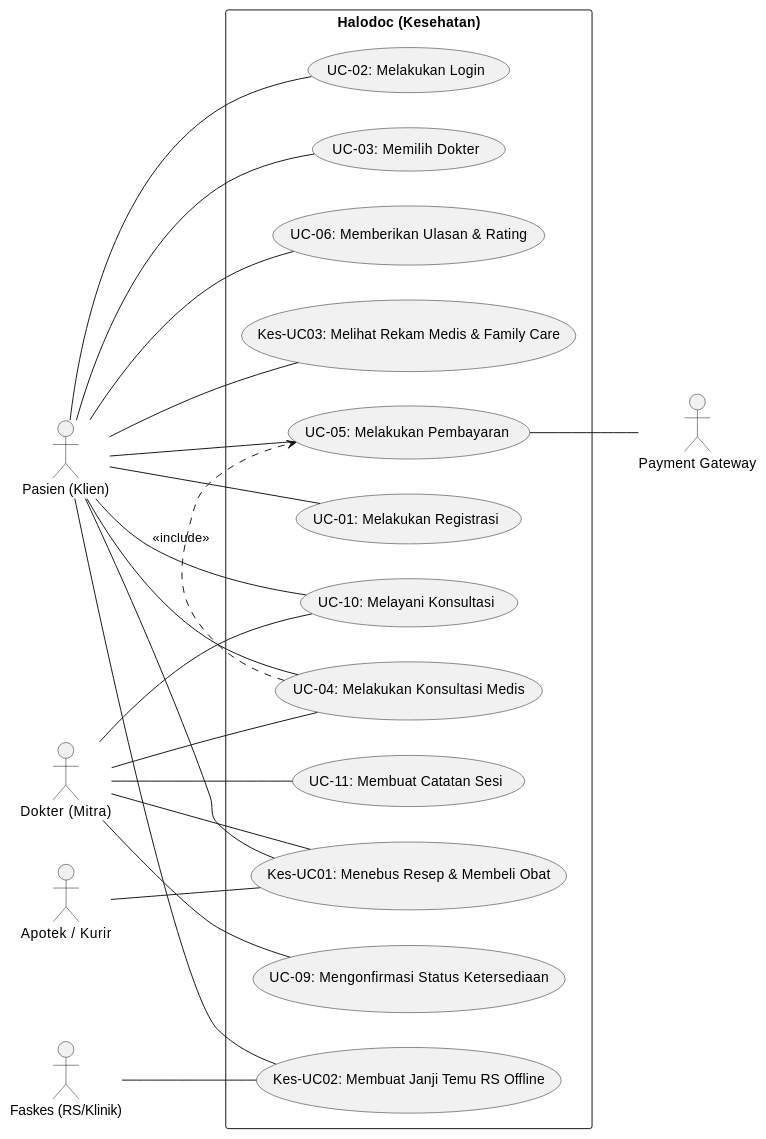
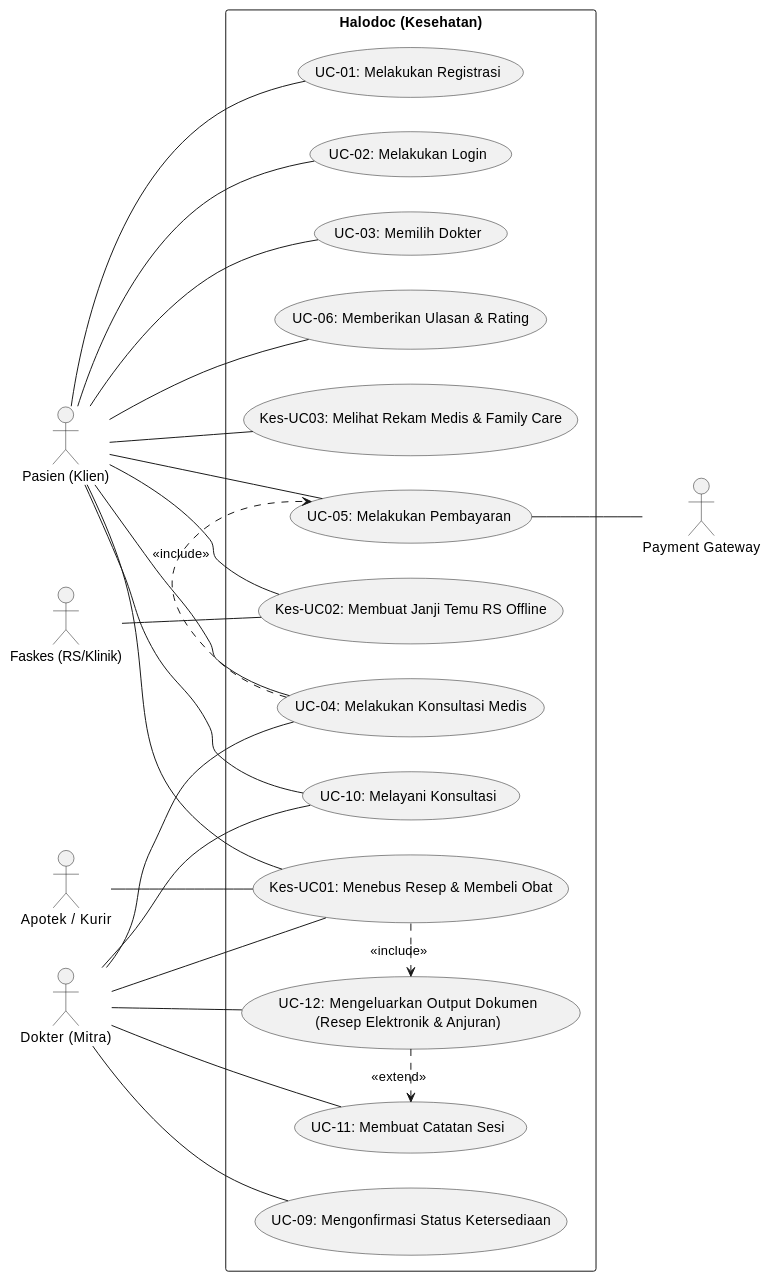
The second of 53 diagrams in MarkDown/unified_plantuml_codes.md (tupperwureism/SuperApp-Gagal), drawn with PlantUML before and after one commit. The commit also changed other lines of this file, not shown here.

Commit message:
Fix UC Diagrams 0-A & 0-B: tambahkan UC-12 (Output Dokumen Resep & Worksheet) agar logika sebab-akibat antar use case dan aktor klinis lengkap

````diff
--- a/MarkDown/unified_plantuml_codes.md
+++ b/MarkDown/unified_plantuml_codes.md
@@ -87,54 +87,58 @@
 ```plantuml
 @startuml
 left to right direction
 skinparam packageStyle rectangle
 
 actor "Pasien (Klien)" as Klien
 actor "Dokter (Mitra)" as Mitra
 actor "Apotek / Kurir" as Apotek
 actor "Faskes (RS/Klinik)" as Faskes
 actor "Payment Gateway" as PG
 
 rectangle "Halodoc (Kesehatan)" {
   ' Core UC
   usecase "UC-01: Melakukan Registrasi" as UC01
   usecase "UC-02: Melakukan Login" as UC02
   usecase "UC-03: Memilih Dokter" as UC03
   usecase "UC-04: Melakukan Konsultasi Medis" as UC04
   usecase "UC-05: Melakukan Pembayaran" as UC05
   usecase "UC-06: Memberikan Ulasan & Rating" as UC06
   usecase "UC-09: Mengonfirmasi Status Ketersediaan" as UC09
   usecase "UC-10: Melayani Konsultasi" as UC10
   usecase "UC-11: Membuat Catatan Sesi" as UC11
+  usecase "UC-12: Mengeluarkan Output Dokumen\n(Resep Elektronik & Anjuran)" as UC12
   
   ' Spesifik Kesehatan
   usecase "Kes-UC01: Menebus Resep & Membeli Obat" as KUC01
   usecase "Kes-UC02: Membuat Janji Temu RS Offline" as KUC02
   usecase "Kes-UC03: Melihat Rekam Medis & Family Care" as KUC03
   
   UC04 .> UC05 : <<include>>
+  UC12 .> UC11 : <<extend>>
+  KUC01 .> UC12 : <<include>>
 }
 
 Klien -- UC01
 Klien -- UC02
 Klien -- UC03
 Klien -- UC04
 Klien -- UC05
 Klien -- UC06
 Klien -- KUC01
 Klien -- KUC02
 Klien -- KUC03
 
 Mitra -- UC04
 Klien -- UC10
 
 Mitra -- UC09
 Mitra -- UC10
 Mitra -- UC11
+Mitra -- UC12
 Mitra -- KUC01
 
 Apotek -- KUC01
 Faskes -- KUC02
 UC05 -- PG
 @enduml
 ```
````
